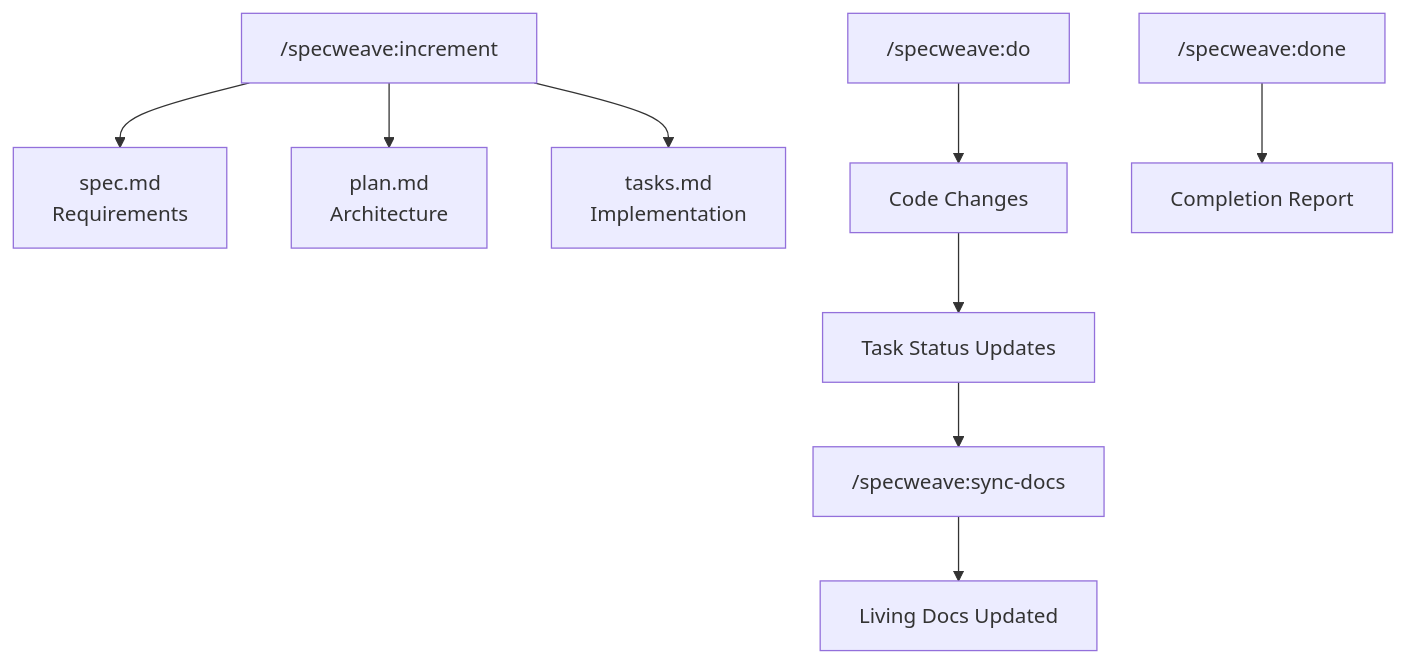
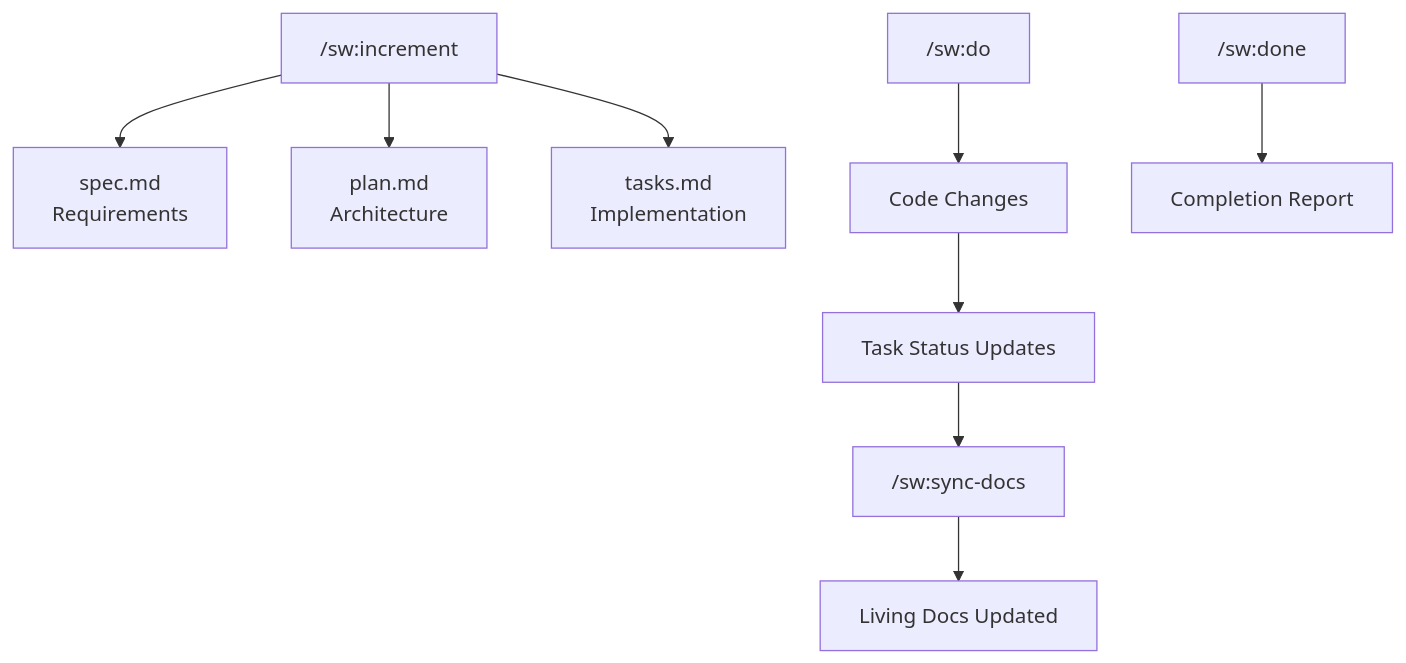
Before and after one commit to anton-abyzov/specweave: the diagram in docs-site/docs/academy/part-1-foundations/03-engineering-principles/03-documentation.md, drawn with Mermaid. The commit also changed other lines of this file and 505 other files, not shown here.

````diff
--- a/docs-site/docs/academy/part-1-foundations/03-engineering-principles/03-documentation.md
+++ b/docs-site/docs/academy/part-1-foundations/03-engineering-principles/03-documentation.md
@@ -263,13 +263,13 @@
 ```mermaid
 graph TD
-    A["/specweave:increment"] --> B[spec.md<br/>Requirements]
+    A["/sw:increment"] --> B[spec.md<br/>Requirements]
     A --> C[plan.md<br/>Architecture]
     A --> D[tasks.md<br/>Implementation]
 
-    E["/specweave:do"] --> F[Code Changes]
+    E["/sw:do"] --> F[Code Changes]
     F --> G[Task Status Updates]
-    G --> H["/specweave:sync-docs"]
+    G --> H["/sw:sync-docs"]
     H --> I[Living Docs Updated]
 
-    J["/specweave:done"] --> K[Completion Report]
+    J["/sw:done"] --> K[Completion Report]
 ```
````
